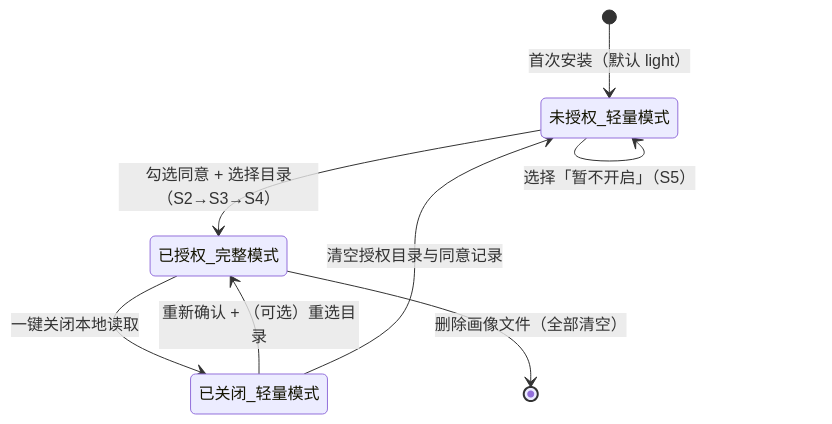
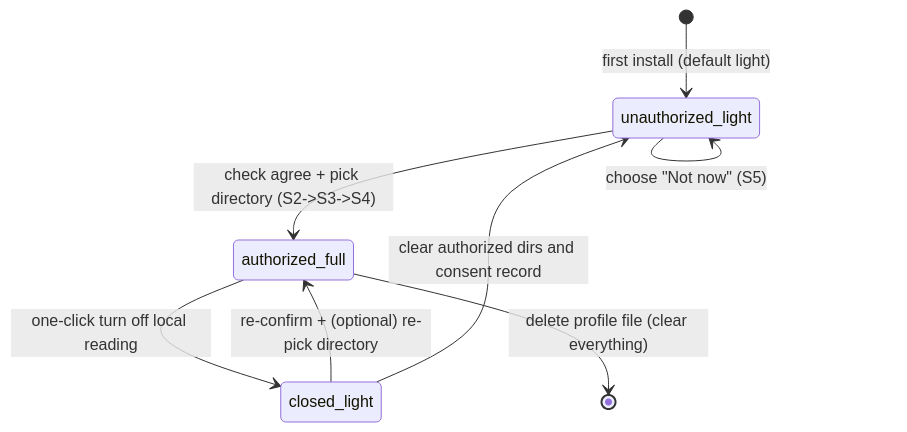
Before and after one commit to nghiutung0212-maker/Creative-Clone: the diagram in references/privacy_policy.md, drawn with Mermaid. The commit also changed other lines of this file and 13 other files, not shown here.

````diff
--- a/references/privacy_policy.md
+++ b/references/privacy_policy.md
@@ -206,10 +206,10 @@
 ```mermaid
 stateDiagram-v2
-    [*] --> 未授权_轻量模式: 首次安装（默认 light）
-    未授权_轻量模式 --> 已授权_完整模式: 勾选同意 + 选择目录（S2→S3→S4）
-    未授权_轻量模式 --> 未授权_轻量模式: 选择「暂不开启」（S5）
-    已授权_完整模式 --> 已关闭_轻量模式: 一键关闭本地读取
-    已关闭_轻量模式 --> 已授权_完整模式: 重新确认 + （可选）重选目录
-    已关闭_轻量模式 --> 未授权_轻量模式: 清空授权目录与同意记录
-    已授权_完整模式 --> [*]: 删除画像文件（全部清空）
+    [*] --> unauthorized_light: first install (default light)
+    unauthorized_light --> authorized_full: check agree + pick directory (S2->S3->S4)
+    unauthorized_light --> unauthorized_light: choose "Not now" (S5)
+    authorized_full --> closed_light: one-click turn off local reading
+    closed_light --> authorized_full: re-confirm + (optional) re-pick directory
+    closed_light --> unauthorized_light: clear authorized dirs and consent record
+    authorized_full --> [*]: delete profile file (clear everything)
 ```
````
